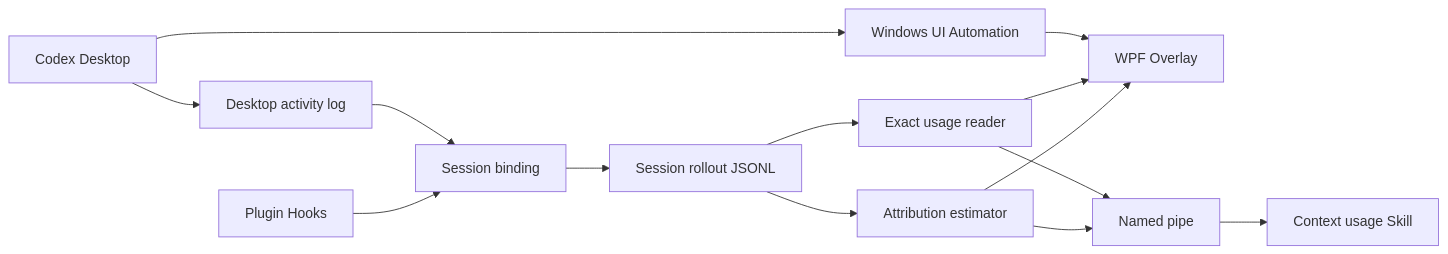
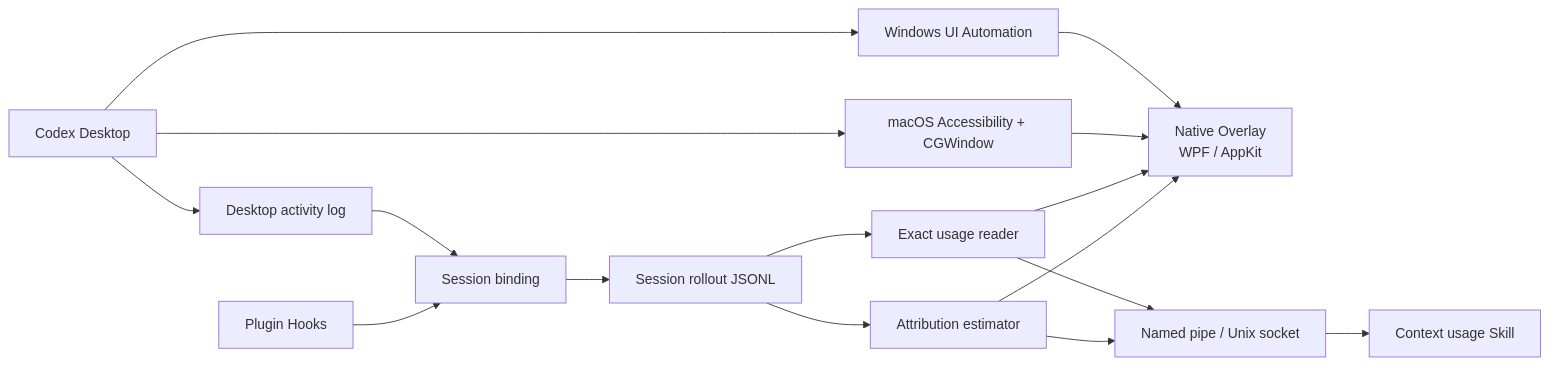
One commit to songkainpu/myblog changed the first of 2 diagrams in content/posts/codex-context-inspector-windows.md. Above: the diagram before and after it, drawn with Mermaid. The commit also changed other lines of this file and 3 other files, not shown here.

Commit message:
docs: publish Codex Context Inspector article

````diff
--- a/content/posts/codex-context-inspector-windows.md
+++ b/content/posts/codex-context-inspector-windows.md
@@ -100,11 +124,14 @@
 ```mermaid
 flowchart LR
-    CD[Codex Desktop] --> UIA[Windows UI Automation] --> OW[WPF Overlay]
+    CD[Codex Desktop] --> UIA[Windows UI Automation]
+    CD --> AX[macOS Accessibility + CGWindow]
+    UIA --> OW[Native Overlay<br/>WPF / AppKit]
+    AX --> OW
     CD --> DL[Desktop activity log] --> SR[Session binding]
     HK[Plugin Hooks] --> SR
     SR --> RJ[Session rollout JSONL]
     RJ --> UR[Exact usage reader] --> OW
     RJ --> AR[Attribution estimator] --> OW
-    UR --> NP[Named pipe] --> SK[Context usage Skill]
-    AR --> NP
+    UR --> IPC[Named pipe / Unix socket] --> SK[Context usage Skill]
+    AR --> IPC
 ```
````
